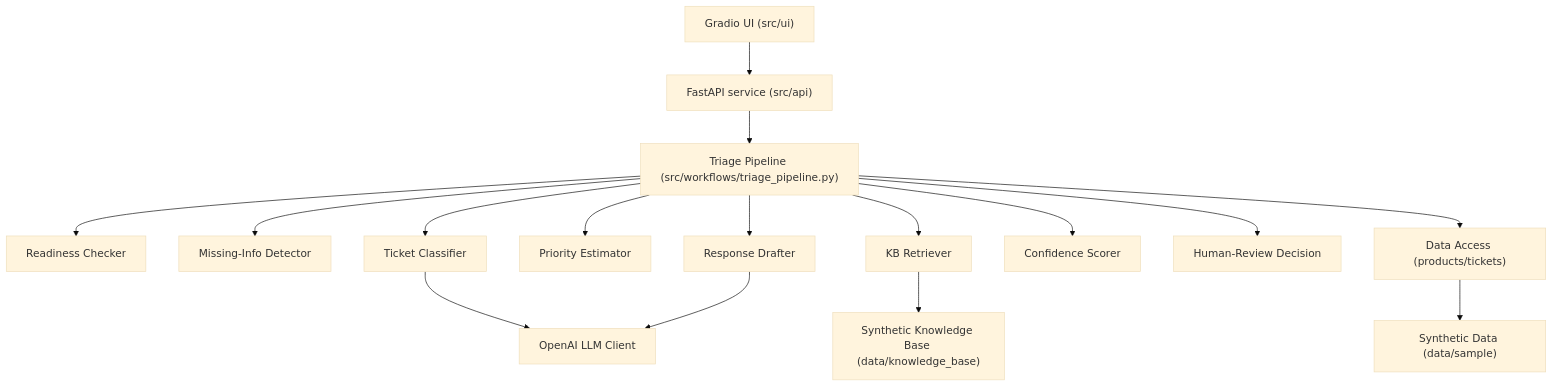
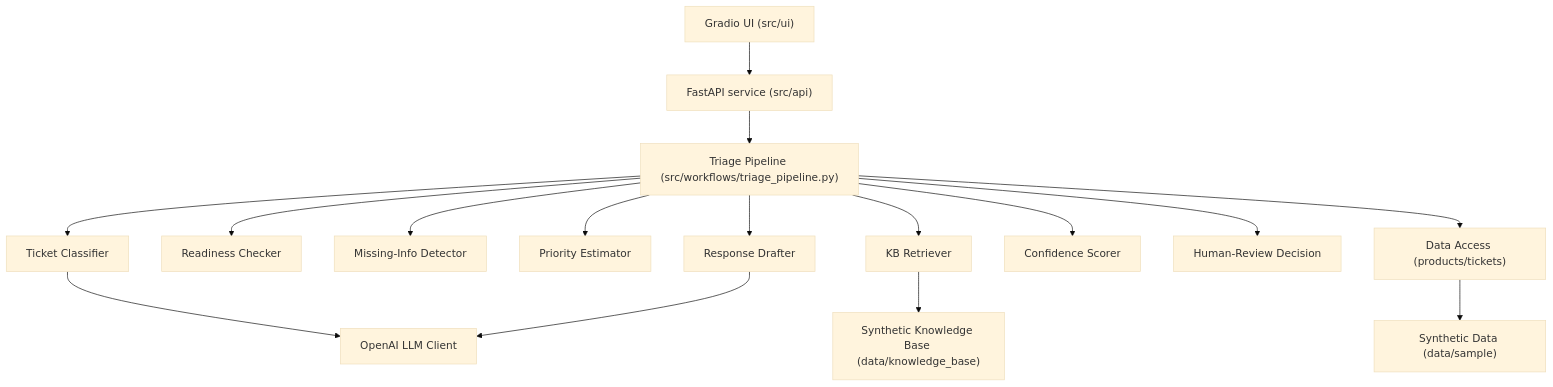
Before and after one commit to raghuram-chittibomma/support-ticket-triage-assistant: the diagram in docs/01_architecture/ARCHITECTURE.md, drawn with Mermaid (base theme). The commit also changed other lines of this file and 34 other files, not shown here.

First line of the commit message:
Slice 1: synthetic data foundations, ticket schema, readiness/missing-info (#38)

````diff
--- a/docs/01_architecture/ARCHITECTURE.md
+++ b/docs/01_architecture/ARCHITECTURE.md
@@ -7,18 +7,18 @@
 ```mermaid
 flowchart TD
     UI["Gradio UI (src/ui)"] --> API["FastAPI service (src/api)"]
     API --> Pipeline["Triage Pipeline (src/workflows/triage_pipeline.py)"]
+    Pipeline --> Classifier["Ticket Classifier"]
     Pipeline --> Readiness["Readiness Checker"]
     Pipeline --> MissingInfo["Missing-Info Detector"]
-    Pipeline --> Classifier["Ticket Classifier"]
     Pipeline --> Priority["Priority Estimator"]
     Pipeline --> Retriever["KB Retriever"]
     Pipeline --> Drafter["Response Drafter"]
     Pipeline --> Confidence["Confidence Scorer"]
     Pipeline --> HumanReview["Human-Review Decision"]
     Classifier --> LLM["OpenAI LLM Client"]
     Drafter --> LLM
     Retriever --> KB["Synthetic Knowledge Base (data/knowledge_base)"]
     Pipeline --> DataAccess["Data Access (products/tickets)"]
     DataAccess --> SyntheticData["Synthetic Data (data/sample)"]
 ```
````
